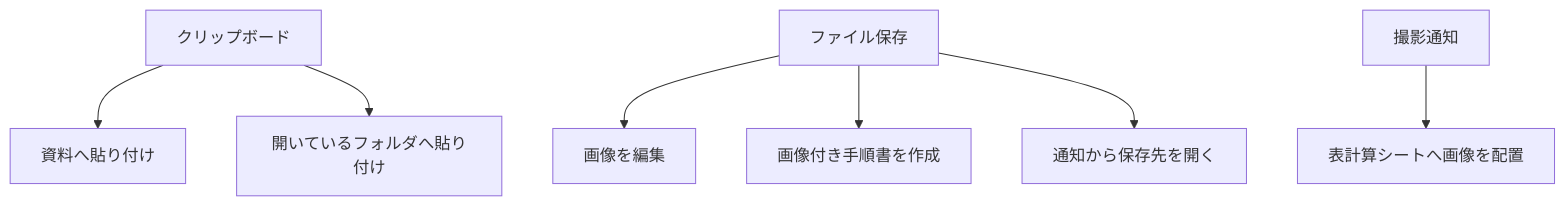
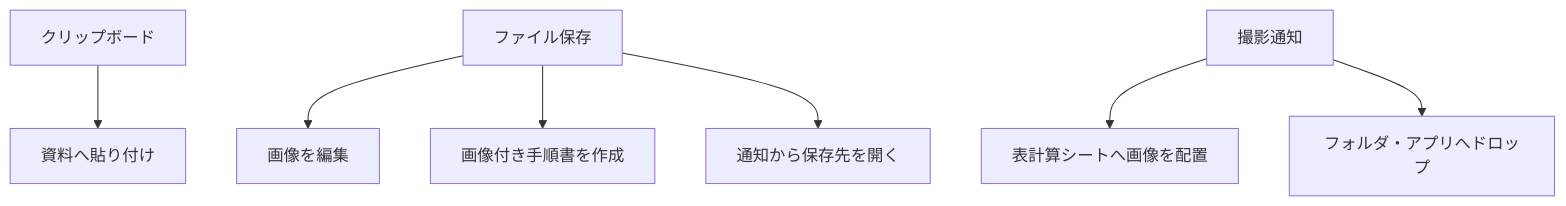
Before and after one commit to KotorinChunChun/SSCapture: the second of 3 diagrams in README.md, drawn with Mermaid.

Commit message:
Update flowchart in README.md
Removed a line from the flowchart in the README.

````diff
--- a/README.md
+++ b/README.md
@@ -34,9 +34,9 @@
 ```mermaid
 flowchart TB
     clipboard["クリップボード"] --> document["資料へ貼り付け"]
-    clipboard --> currentFolder["開いているフォルダへ貼り付け"]
     file["ファイル保存"] --> editor["画像を編集"]
     file --> manual["画像付き手順書を作成"]
     file --> openFolder["通知から保存先を開く"]
     notice["撮影通知"] --> spreadsheet["表計算シートへ画像を配置"]
+    notice --> drop["フォルダ・アプリへドロップ"]
 ```
````
